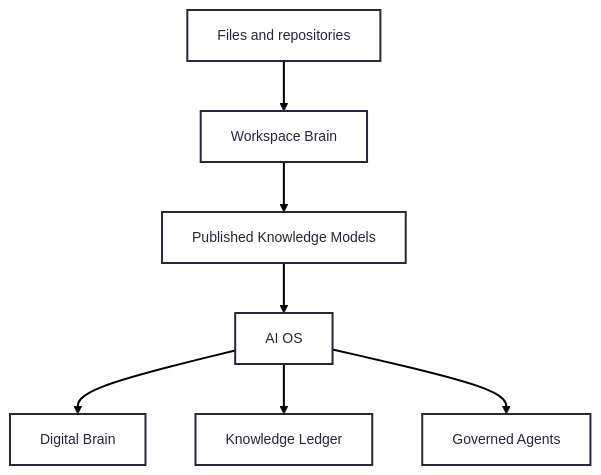
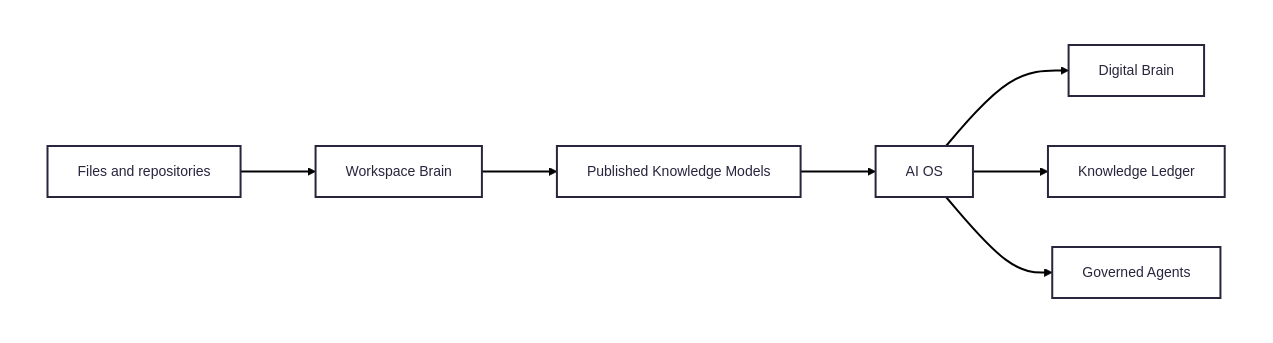
Before and after one commit to chrisob55/workspace-brain: the diagram in docs/architecture/Workspace-Brain-ADD-v1.md, drawn with Mermaid. The commit also changed 11 other files, not shown here.

First line of the commit message:
docs(architecture): add opaque white diagram backdrops

````diff
--- a/docs/architecture/Workspace-Brain-ADD-v1.md
+++ b/docs/architecture/Workspace-Brain-ADD-v1.md
@@ -33,15 +33,18 @@
 ```mermaid
 ---
 config:
   theme: redux-color
   themeVariables:
     background: '#ffffff'
 ---
 flowchart TB
-  S[Files and repositories] --> WB[Workspace Brain]
-  WB --> KM[Published Knowledge Models]
-  KM --> AIOS[AI OS]
-  AIOS --> DB[Digital Brain]
-  AIOS --> KL[Knowledge Ledger]
-  AIOS --> A[Governed Agents]
+  subgraph WhiteBackground[" "]
+    S[Files and repositories] --> WB[Workspace Brain]
+    WB --> KM[Published Knowledge Models]
+    KM --> AIOS[AI OS]
+    AIOS --> DB[Digital Brain]
+    AIOS --> KL[Knowledge Ledger]
+    AIOS --> A[Governed Agents]
+  end
+  style WhiteBackground fill:#ffffff,stroke:#ffffff,color:#ffffff
 ```
````
